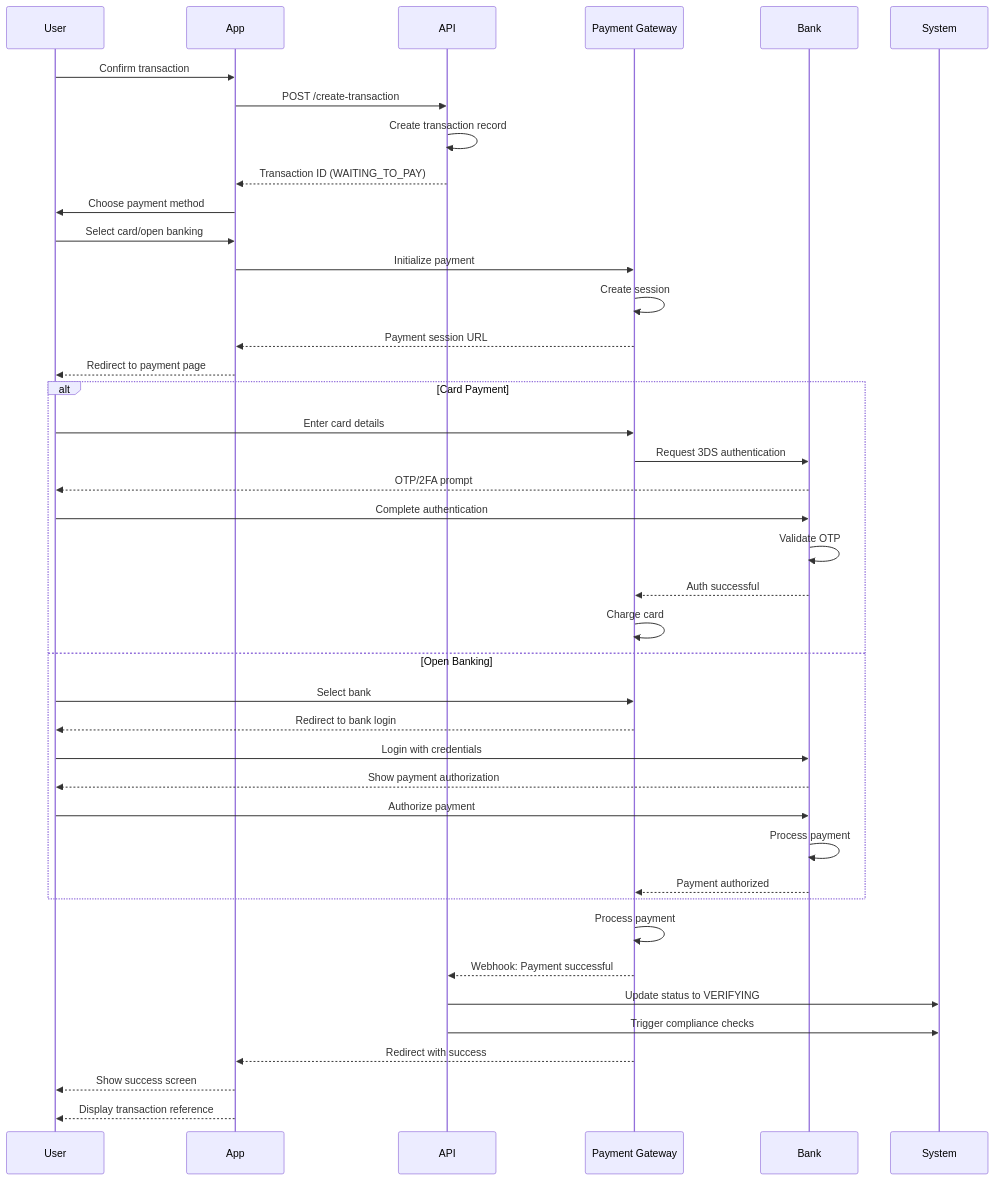
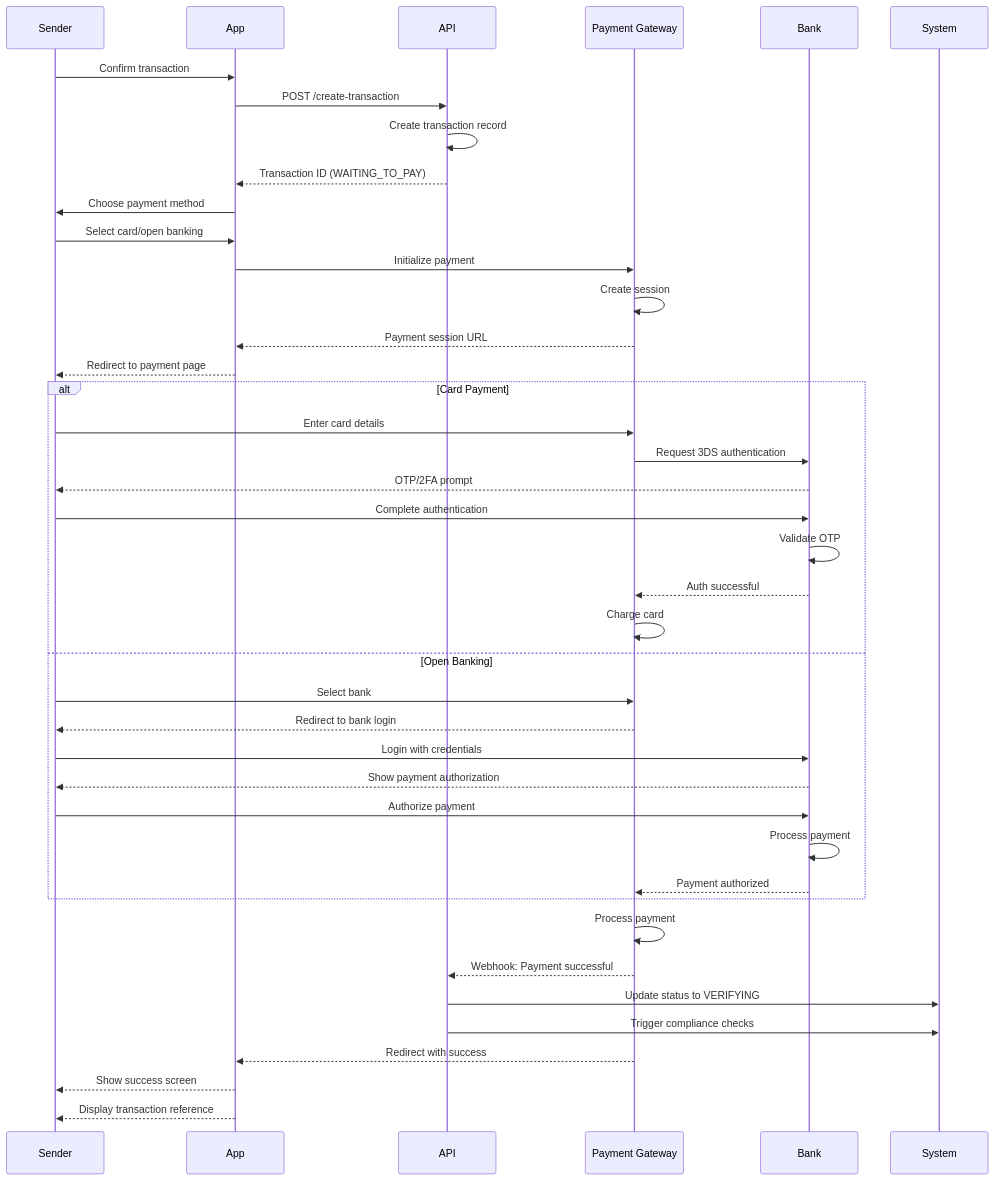
The tenth of 14 diagrams in remittance/process-flows.mdx (trillionclues-fincode/docs), drawn with Mermaid before and after one commit. The commit also changed other lines of this file and 7 other files, not shown here.

Commit message:
add transaction details page

````diff
--- a/remittance/process-flows.mdx
+++ b/remittance/process-flows.mdx
@@ -744,47 +744,47 @@
 ```mermaid
 sequenceDiagram
-    participant User
+    participant Sender
     participant App
     participant API
     participant Payment Gateway
     participant Bank
     participant System
 
-    User->>App: Confirm transaction
+    Sender->>App: Confirm transaction
     App->>API: POST /create-transaction
     API->>API: Create transaction record
     API-->>App: Transaction ID (WAITING_TO_PAY)
 
-    App->>User: Choose payment method
-    User->>App: Select card/open banking
+    App->>Sender: Choose payment method
+    Sender->>App: Select card/open banking
     App->>Payment Gateway: Initialize payment
     Payment Gateway->>Payment Gateway: Create session
     Payment Gateway-->>App: Payment session URL
-    App-->>User: Redirect to payment page
+    App-->>Sender: Redirect to payment page
 
     alt Card Payment
-        User->>Payment Gateway: Enter card details
+        Sender->>Payment Gateway: Enter card details
         Payment Gateway->>Bank: Request 3DS authentication
-        Bank-->>User: OTP/2FA prompt
-        User->>Bank: Complete authentication
+        Bank-->>Sender: OTP/2FA prompt
+        Sender->>Bank: Complete authentication
         Bank->>Bank: Validate OTP
         Bank-->>Payment Gateway: Auth successful
         Payment Gateway->>Payment Gateway: Charge card
     else Open Banking
-        User->>Payment Gateway: Select bank
-        Payment Gateway-->>User: Redirect to bank login
-        User->>Bank: Login with credentials
-        Bank-->>User: Show payment authorization
-        User->>Bank: Authorize payment
+        Sender->>Payment Gateway: Select bank
+        Payment Gateway-->>Sender: Redirect to bank login
+        Sender->>Bank: Login with credentials
+        Bank-->>Sender: Show payment authorization
+        Sender->>Bank: Authorize payment
         Bank->>Bank: Process payment
         Bank-->>Payment Gateway: Payment authorized
     end
 
     Payment Gateway->>Payment Gateway: Process payment
     Payment Gateway-->>API: Webhook: Payment successful
     API->>System: Update status to VERIFYING
     API->>System: Trigger compliance checks
     Payment Gateway-->>App: Redirect with success
-    App-->>User: Show success screen
-    App-->>User: Display transaction reference
+    App-->>Sender: Show success screen
+    App-->>Sender: Display transaction reference
 ```
````
